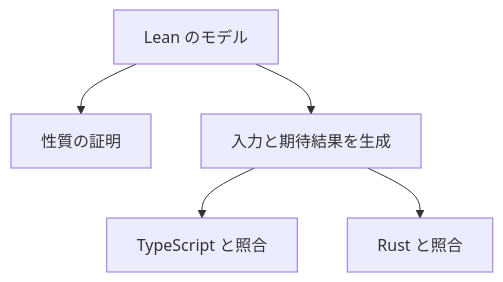
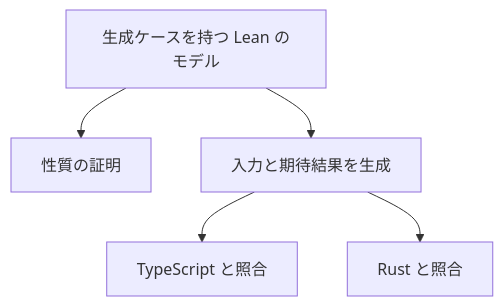
One commit to hwatanabe-jp/stark-ballot-simulator-public changed the diagram in public-book/src/quality/lean-formalization.md. Above: the diagram before and after it, drawn with Mermaid. The commit also changed other lines of this file and 835 other files, not shown here.

````diff
--- a/public-book/src/quality/lean-formalization.md
+++ b/public-book/src/quality/lean-formalization.md
@@ -42,7 +52,7 @@
 ```mermaid
 flowchart TB
-  M["Lean のモデル"] --> P["性質の証明"]
+  M["生成ケースを持つ Lean のモデル"] --> P["性質の証明"]
   M --> V["入力と期待結果を生成"]
   V --> T["TypeScript と照合"]
   V --> R["Rust と照合"]
 ```
````
